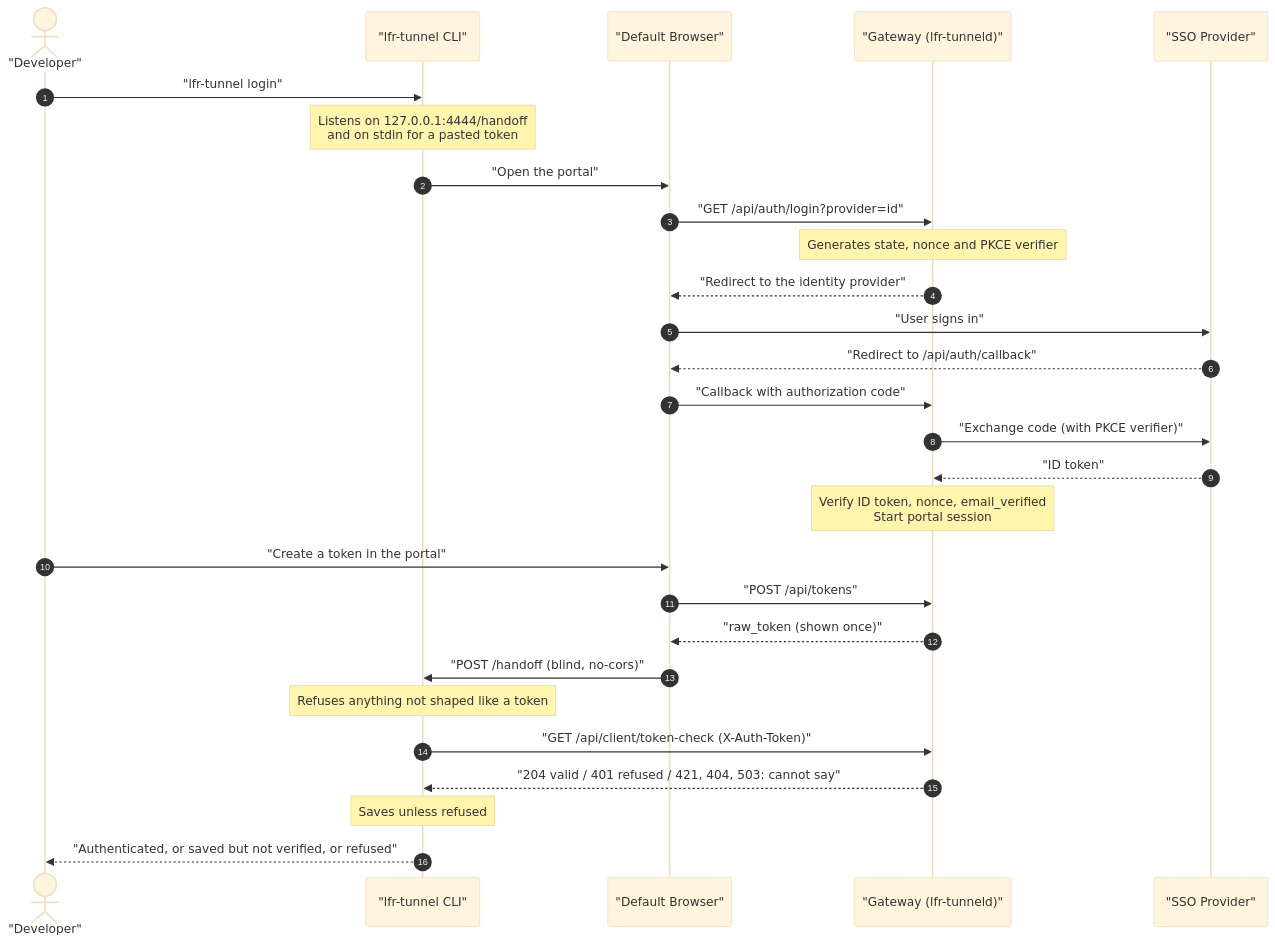
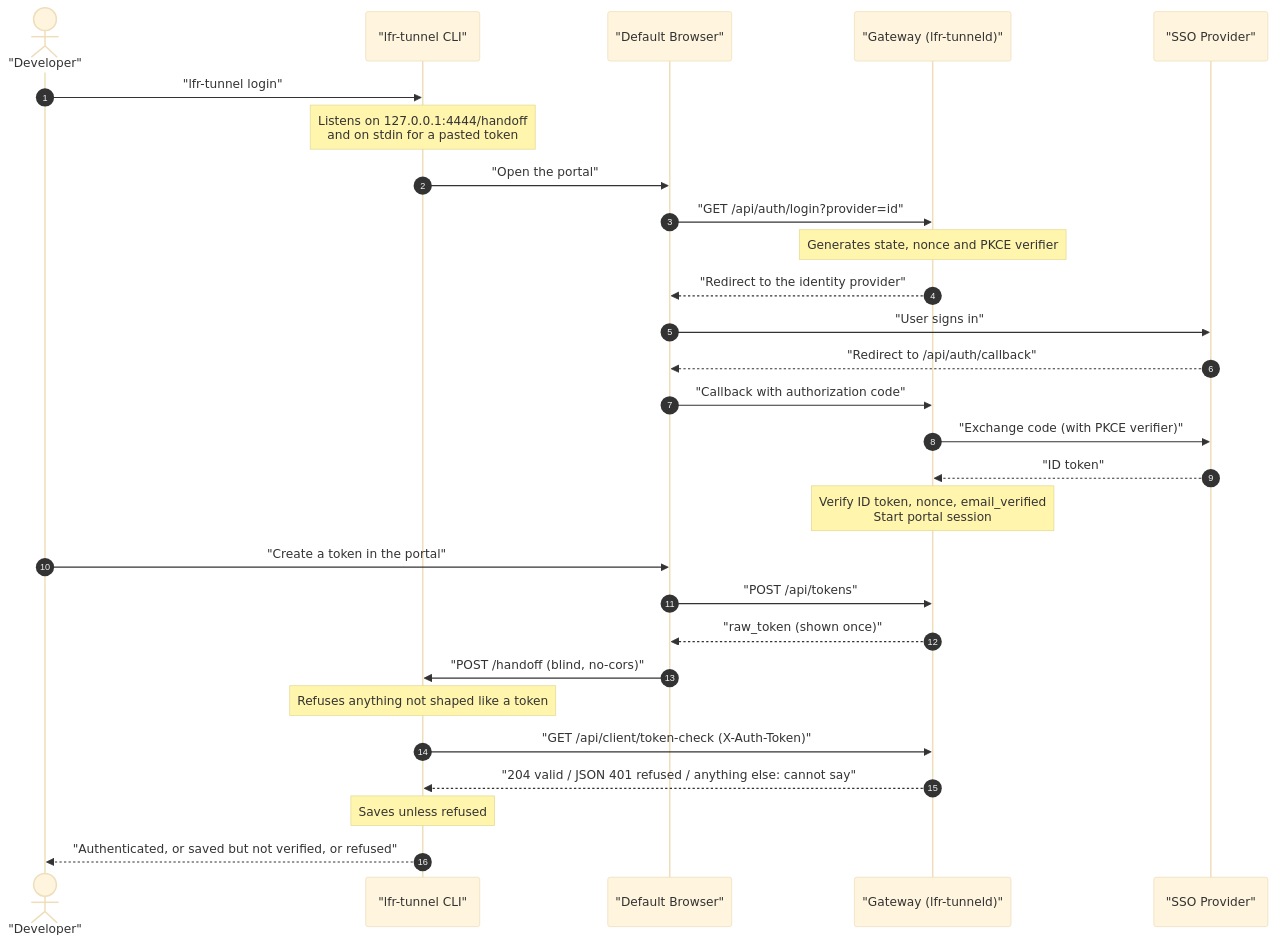
One commit to peterrichards-lr/lfr-tunnel changed the sixth of 7 diagrams in docs/architecture.md. Above: the diagram before and after it, drawn with Mermaid (base theme). The commit also changed 2 other files, not shown here.

Commit message:
fix(login): never follow a redirect with the token; address the gateway as registration does (#2458)
From the adversarial review of #2467:

- The token check no longer follows redirects. Go copies a custom header such as X-Auth-Token to
  a redirect's new host, so a gateway answering 301 to another host handed it the token, and that
  host's 401 was reported as this gateway's refusal. A redirect is now "not verified".
- The gateway is addressed as RegisterTunnel addresses it (scheme added when missing, scheme://host
  only), so a scheme-less or path-carrying server_url no longer fails the check.
- A 404 no longer claims the gateway is older than the client: an alias of the gateway is served
  as a tunnel host and answers 404 too.
- Tests now cover a 200 (not a verification) and RunLogin's wiring to the check -- both mutants
  survived the previous tests -- and the redirect, each shown red against its mutation.
- architecture 10.2: "anything else: cannot say", not a partial list.

Refs #2458

````diff
--- a/docs/architecture.md
+++ b/docs/architecture.md
@@ -356,31 +356,31 @@
 ```mermaid
 sequenceDiagram
     autonumber
     actor Dev as "Developer"
     participant CLI as "lfr-tunnel CLI"
     participant Browser as "Default Browser"
     participant GW as "Gateway (lfr-tunneld)"
     participant SSO as "SSO Provider"
 
     Dev->>CLI: "lfr-tunnel login"
     Note over CLI: Listens on 127.0.0.1:4444/handoff<br/>and on stdin for a pasted token
     CLI->>Browser: "Open the portal"
     Browser->>GW: "GET /api/auth/login?provider=id"
     Note over GW: Generates state, nonce and PKCE verifier
     GW-->>Browser: "Redirect to the identity provider"
     Browser->>SSO: "User signs in"
     SSO-->>Browser: "Redirect to /api/auth/callback"
     Browser->>GW: "Callback with authorization code"
     GW->>SSO: "Exchange code (with PKCE verifier)"
     SSO-->>GW: "ID token"
     Note over GW: Verify ID token, nonce, email_verified<br/>Start portal session
     Dev->>Browser: "Create a token in the portal"
     Browser->>GW: "POST /api/tokens"
     GW-->>Browser: "raw_token (shown once)"
     Browser->>CLI: "POST /handoff (blind, no-cors)"
     Note over CLI: Refuses anything not shaped like a token
     CLI->>GW: "GET /api/client/token-check (X-Auth-Token)"
-    GW-->>CLI: "204 valid / 401 refused / 421, 404, 503: cannot say"
+    GW-->>CLI: "204 valid / JSON 401 refused / anything else: cannot say"
     Note over CLI: Saves unless refused
     CLI-->>Dev: "Authenticated, or saved but not verified, or refused"
 ```
````
